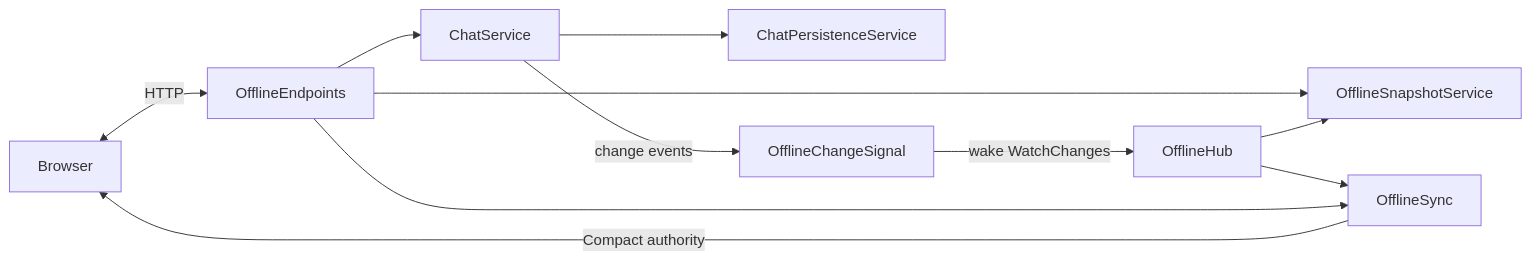
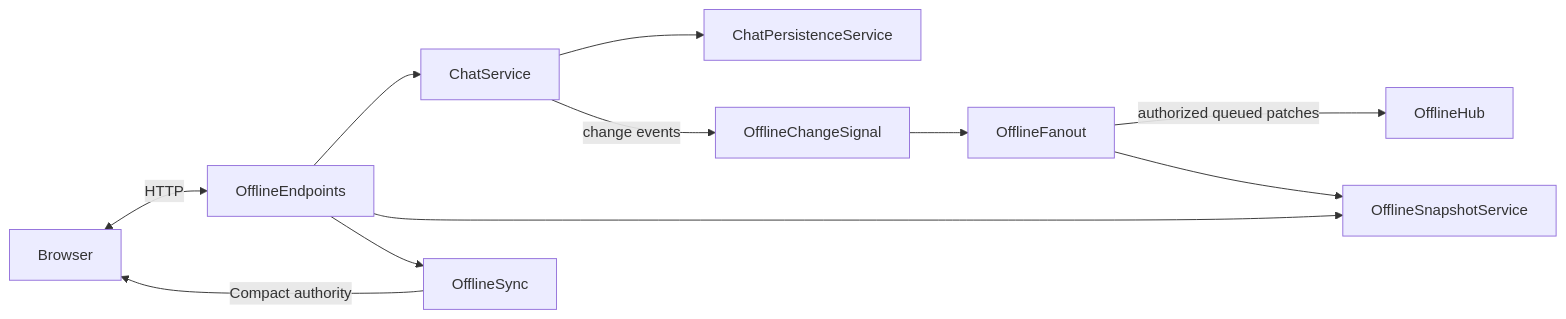
The diagram in Yap/Offline/README.md (d3mnjx/Yap), drawn with Mermaid before and after one commit. The commit also changed other lines of this file and 35 other files, not shown here.

````diff
--- a/Yap/Offline/README.md
+++ b/Yap/Offline/README.md
@@ -25,13 +26,13 @@
 ```mermaid
 flowchart LR
     Browser <-->|HTTP| Endpoints[OfflineEndpoints]
     Endpoints --> Chat[ChatService]
     Chat --> Persistence[ChatPersistenceService]
     Chat -->|change events| Signal[OfflineChangeSignal]
-    Signal -->|wake WatchChanges| Hub[OfflineHub]
+    Signal --> Fanout[OfflineFanout]
+    Fanout -->|authorized queued patches| Hub[OfflineHub]
     Endpoints --> Snapshots[OfflineSnapshotService]
-    Hub --> Snapshots
-    Hub --> Sync[OfflineSync]
-    Endpoints --> Sync
+    Fanout --> Snapshots
+    Endpoints --> Sync[OfflineSync]
     Sync -->|Compact authority| Browser
 ```
````
